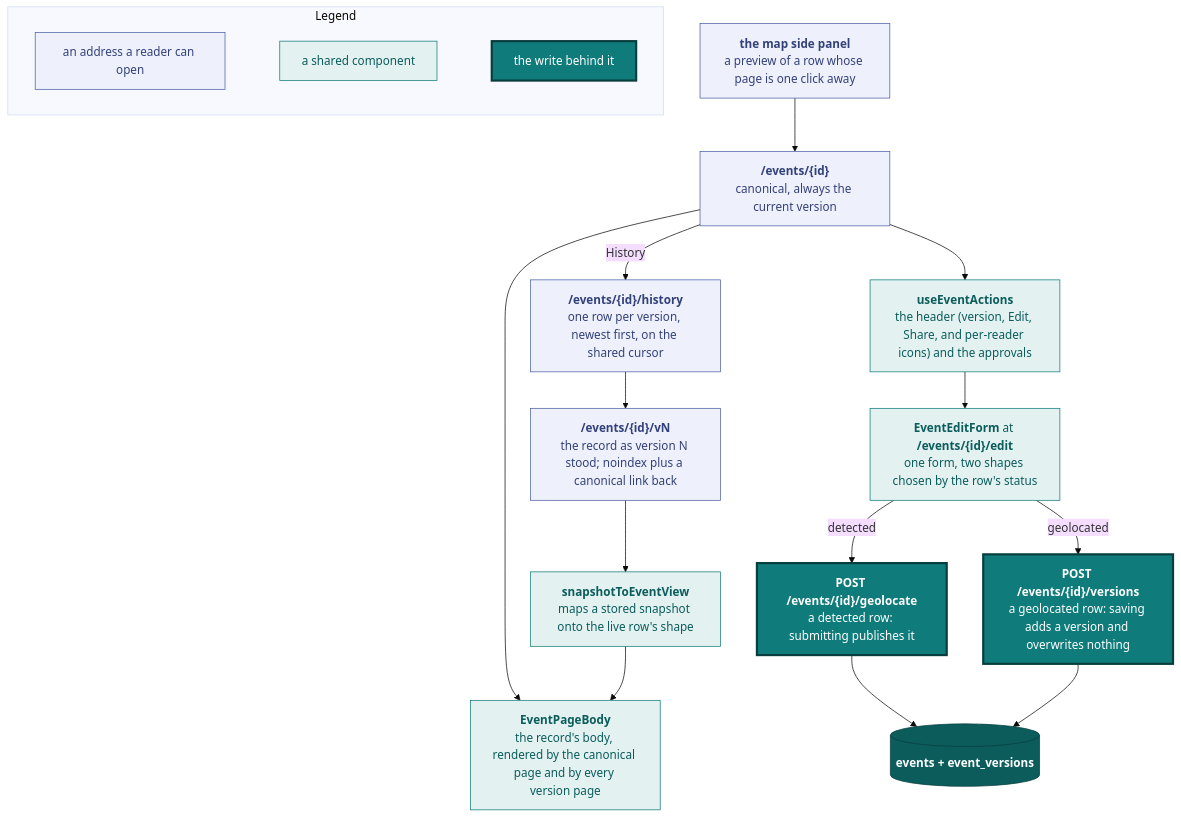
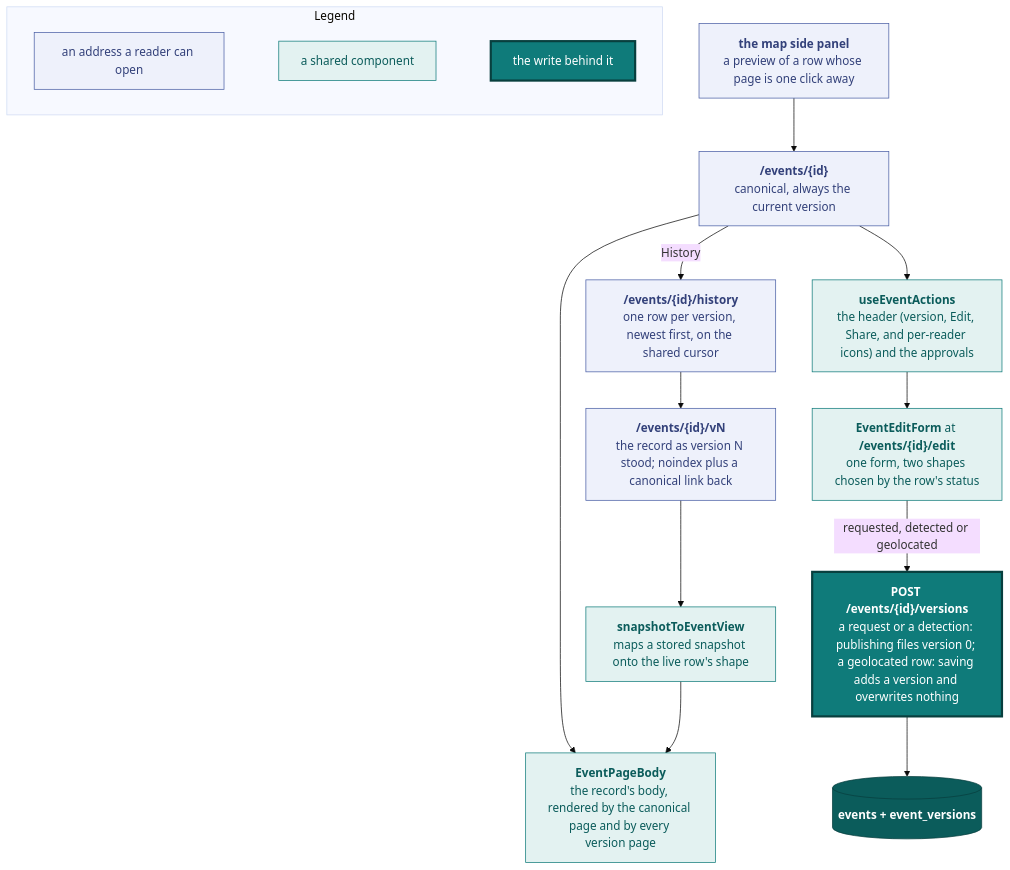
One commit to vidithq/vidit changed the fifth of 14 diagrams in docs/design.md. Above: the diagram before and after it, drawn with Mermaid (base theme). The commit also changed other lines of this file and 6 other files, not shown here.

````diff
--- a/docs/design.md
+++ b/docs/design.md
@@ -613,51 +610,47 @@
 ```mermaid
 flowchart TB
   classDef spec fill:#eef1fb,stroke:#4a5fa5,color:#33417a
   classDef shared fill:#e3f2f1,stroke:#0f7b7a,color:#0b5c5b
   classDef core fill:#0f7b7a,stroke:#083f3e,stroke-width:3px,color:#ffffff
   classDef store fill:#0b5c5b,stroke:#083f3e,color:#ffffff
 
   subgraph legend [Legend]
     direction LR
     l1["`an address a reader can open`"]:::spec
     l2["`a shared component`"]:::shared
     l3["`the write behind it`"]:::core
     l1 ~~~ l2 ~~~ l3
   end
 
   canonical["`**/events/{id}**
   canonical, always the current version`"]:::spec
   history["`**/events/{id}/history**
   one row per version, newest first, on the shared cursor`"]:::spec
   vn["`**/events/{id}/vN**
   the record as version N stood; noindex plus a canonical link back`"]:::spec
   panel["`**the map side panel**
   a preview of a row whose page is one click away`"]:::spec
 
   body["`**EventPageBody**
   the record's body, rendered by the canonical page and by every version page`"]:::shared
   snap["`**snapshotToEventView**
   maps a stored snapshot onto the live row's shape`"]:::shared
   actions["`**useEventActions**
   the header (version, Edit, Share, and per-reader icons) and the approvals`"]:::shared
   form["`**EventEditForm** at **/events/{id}/edit**
   one form, two shapes chosen by the row's status`"]:::shared
 
-  geo["`**POST /events/{id}/geolocate**
-  a detected row: submitting publishes it`"]:::core
   ver["`**POST /events/{id}/versions**
-  a geolocated row: saving adds a version and overwrites nothing`"]:::core
+  a request or a detection: publishing files version 0; a geolocated row: saving adds a version and overwrites nothing`"]:::core
   rows[("`**events + event_versions**`")]:::store
 
   canonical --> body
   vn --> snap --> body
   canonical --> actions
   history --> vn
   canonical -->|"History"| history
   actions --> form
   panel --> canonical
-  form -->|"detected"| geo
-  form -->|"geolocated"| ver
-  geo --> rows
+  form -->|"requested, detected or geolocated"| ver
   ver --> rows
 ```
````
